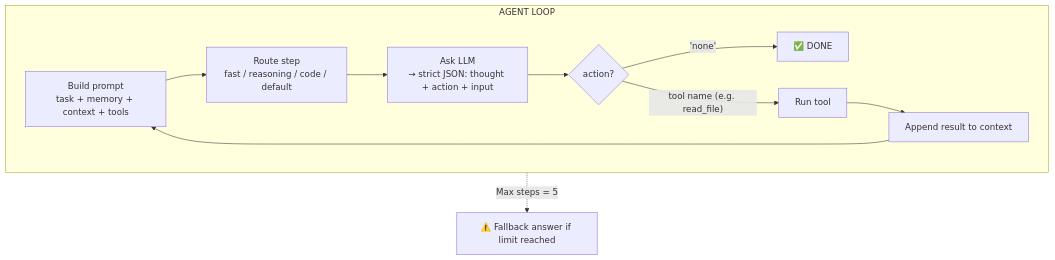
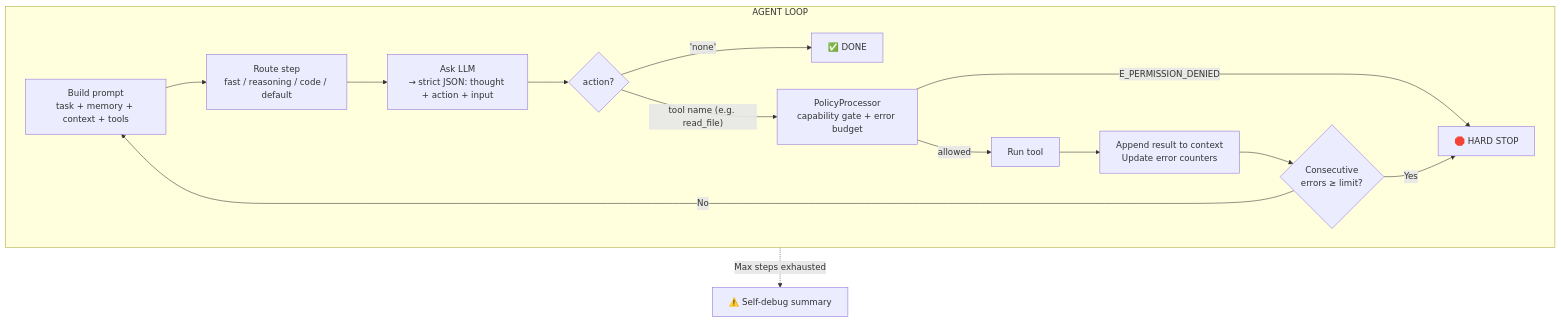
Before and after one commit to Guebbit/manna: the first of 2 diagrams in docs/theory/agent-loop.md, drawn with Mermaid. The commit also changed other lines of this file and 18 other files, not shown here.

Commit message:
feat: agent harness overhaul – phases 0-6 (error taxonomy, consecutive-error budget, operating modes, PolicyProcessor)

````diff
--- a/docs/theory/agent-loop.md
+++ b/docs/theory/agent-loop.md
@@ -13,13 +13,17 @@
 ```mermaid
 flowchart TD
     subgraph LOOP["AGENT LOOP"]
         Build["Build prompt\ntask + memory + context + tools"] --> Route["Route step\nfast / reasoning / code / default"]
         Route --> Ask["Ask LLM\n→ strict JSON: thought + action + input"]
         Ask --> Decision{"action?"}
         Decision -->|"'none'"| Done["✅ DONE"]
-        Decision -->|"tool name (e.g. read_file)"| RunTool["Run tool"]
-        RunTool --> Append["Append result to context"]
-        Append --> Build
+        Decision -->|"tool name (e.g. read_file)"| Policy["PolicyProcessor\ncapability gate + error budget"]
+        Policy -->|"allowed"| RunTool["Run tool"]
+        Policy -->|"E_PERMISSION_DENIED"| HardStop["🛑 HARD STOP"]
+        RunTool --> Append["Append result to context\nUpdate error counters"]
+        Append --> Budget{"Consecutive\nerrors ≥ limit?"}
+        Budget -->|"Yes"| HardStop
+        Budget -->|"No"| Build
     end
-    LOOP -.->|"Max steps = 5"| Fallback["⚠️ Fallback answer if limit reached"]
+    LOOP -.->|"Max steps exhausted"| Fallback["⚠️ Self-debug summary"]
 ```
````
